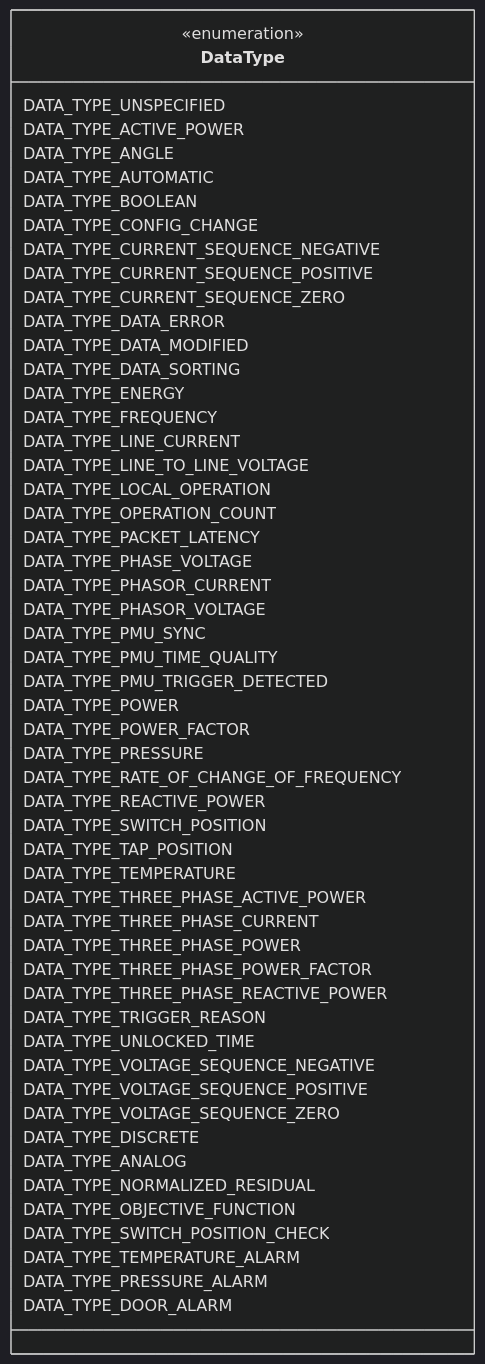
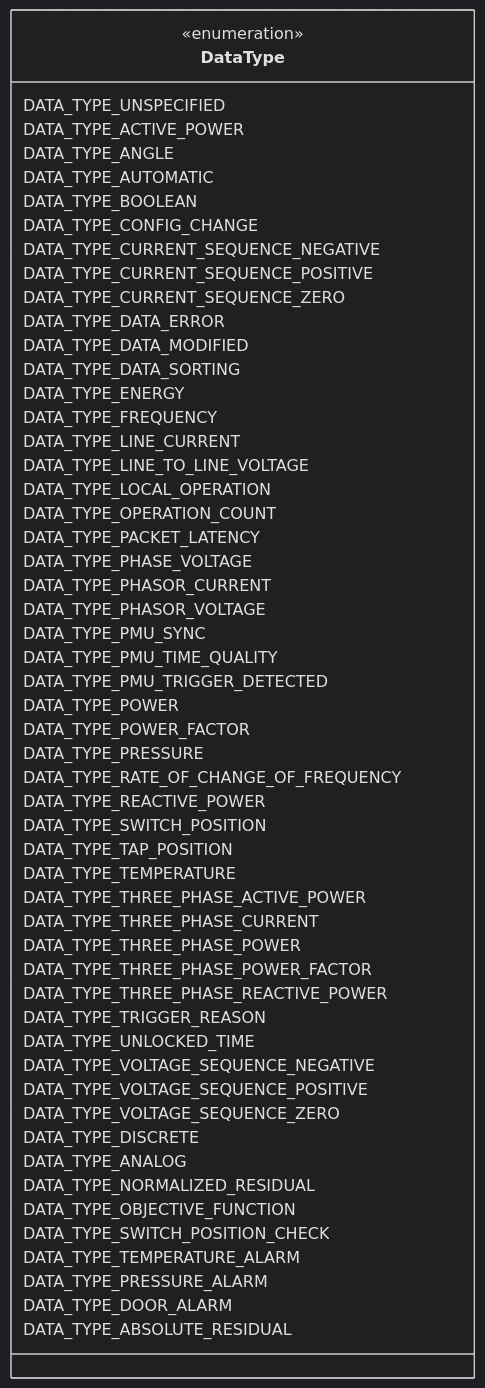
One commit to zaphiro-technologies/protobuf changed the first of 3 diagrams in docs/grid/v1/data.proto.md. Above: the diagram before and after it, drawn with Mermaid (dark theme). The commit also changed other lines of this file and 5 other files, not shown here.

First line of the commit message:
data proto: add absolute residual data type (#116)

````diff
--- a/docs/grid/v1/data.proto.md
+++ b/docs/grid/v1/data.proto.md
@@ -92,62 +93,63 @@
 ```mermaid
 classDiagram
 direction LR
 %% The collection of Data Types defined so far. They are useful to map
-%% measurements to their rappresentation. Some of the descriptions are taken from [here](https://github.com/3lbits/Grunnprofil/blob/main/DIGIN10/docs/MeasurementType.adoc) This is important since all measurements
+%% measurements to their representation. Some of the descriptions are taken from [CIM4NoUtility](https://github.com/3lbits/CIM4NoUtility/blob/main/Telemark-120/docs/MeasurementType.adoc). This is important since all measurements
 %% are any how cast to UINT64 in the real time platform
 
 class DataType{
   <<enumeration>>
   DATA_TYPE_UNSPECIFIED
   DATA_TYPE_ACTIVE_POWER
   DATA_TYPE_ANGLE
   DATA_TYPE_AUTOMATIC
   DATA_TYPE_BOOLEAN
   DATA_TYPE_CONFIG_CHANGE
   DATA_TYPE_CURRENT_SEQUENCE_NEGATIVE
   DATA_TYPE_CURRENT_SEQUENCE_POSITIVE
   DATA_TYPE_CURRENT_SEQUENCE_ZERO
   DATA_TYPE_DATA_ERROR
   DATA_TYPE_DATA_MODIFIED
   DATA_TYPE_DATA_SORTING
   DATA_TYPE_ENERGY
   DATA_TYPE_FREQUENCY
   DATA_TYPE_LINE_CURRENT
   DATA_TYPE_LINE_TO_LINE_VOLTAGE
   DATA_TYPE_LOCAL_OPERATION
   DATA_TYPE_OPERATION_COUNT
   DATA_TYPE_PACKET_LATENCY
   DATA_TYPE_PHASE_VOLTAGE
   DATA_TYPE_PHASOR_CURRENT
   DATA_TYPE_PHASOR_VOLTAGE
   DATA_TYPE_PMU_SYNC
   DATA_TYPE_PMU_TIME_QUALITY
   DATA_TYPE_PMU_TRIGGER_DETECTED
   DATA_TYPE_POWER
   DATA_TYPE_POWER_FACTOR
   DATA_TYPE_PRESSURE
   DATA_TYPE_RATE_OF_CHANGE_OF_FREQUENCY
   DATA_TYPE_REACTIVE_POWER
   DATA_TYPE_SWITCH_POSITION
   DATA_TYPE_TAP_POSITION
   DATA_TYPE_TEMPERATURE
   DATA_TYPE_THREE_PHASE_ACTIVE_POWER
   DATA_TYPE_THREE_PHASE_CURRENT
   DATA_TYPE_THREE_PHASE_POWER
   DATA_TYPE_THREE_PHASE_POWER_FACTOR
   DATA_TYPE_THREE_PHASE_REACTIVE_POWER
   DATA_TYPE_TRIGGER_REASON
   DATA_TYPE_UNLOCKED_TIME
   DATA_TYPE_VOLTAGE_SEQUENCE_NEGATIVE
   DATA_TYPE_VOLTAGE_SEQUENCE_POSITIVE
   DATA_TYPE_VOLTAGE_SEQUENCE_ZERO
   DATA_TYPE_DISCRETE
   DATA_TYPE_ANALOG
   DATA_TYPE_NORMALIZED_RESIDUAL
   DATA_TYPE_OBJECTIVE_FUNCTION
   DATA_TYPE_SWITCH_POSITION_CHECK
   DATA_TYPE_TEMPERATURE_ALARM
   DATA_TYPE_PRESSURE_ALARM
   DATA_TYPE_DOOR_ALARM
+  DATA_TYPE_ABSOLUTE_RESIDUAL
 }
 ```
````
